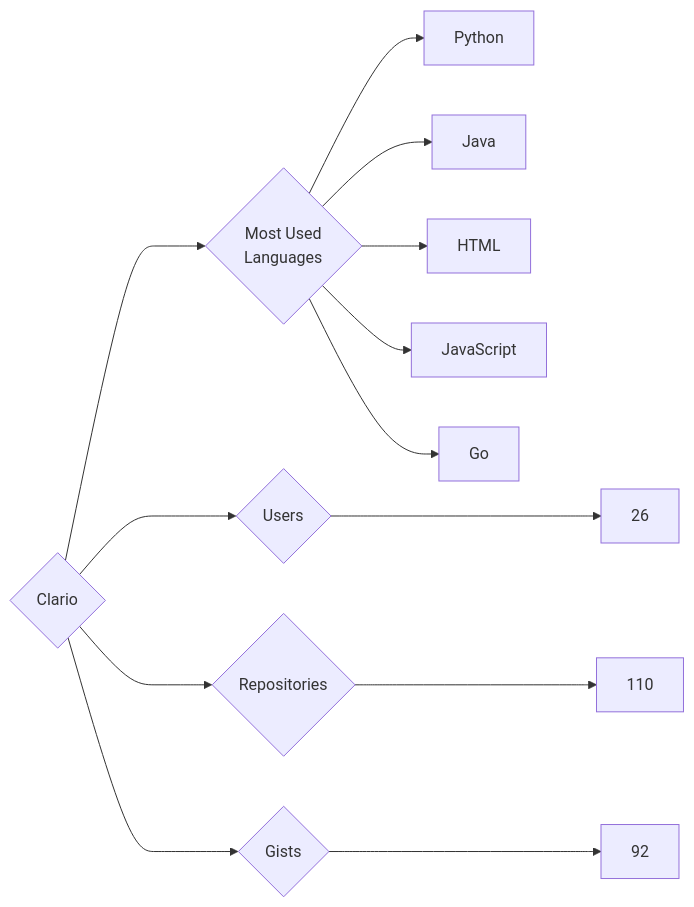
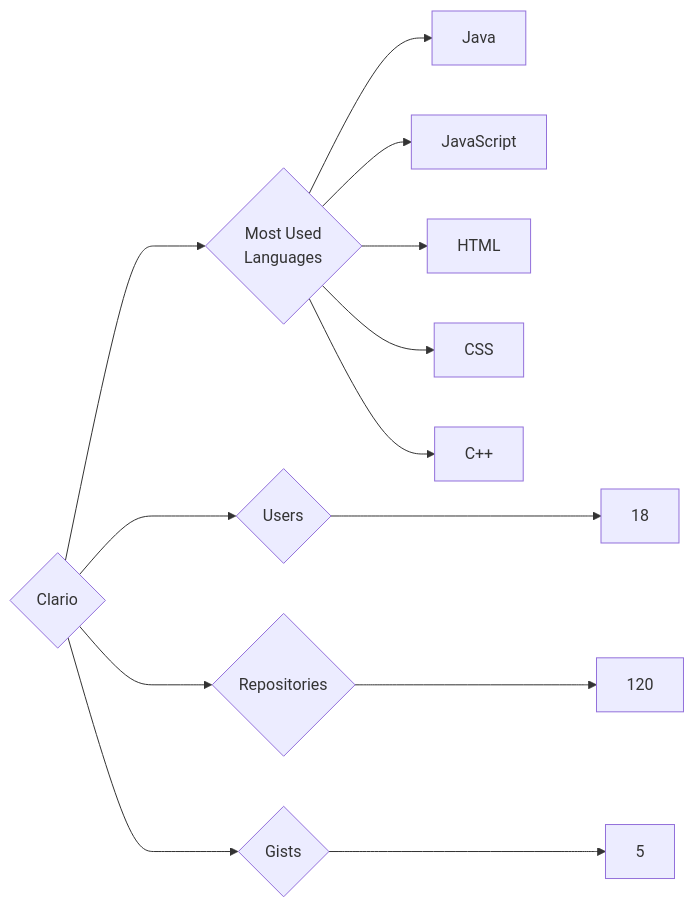
One commit to trickest/insiders changed the diagram in targets/Clario/README.md. Above: the diagram before and after it, drawn with Mermaid. The commit also changed 773 other files, not shown here.

````diff
--- a/targets/Clario/README.md
+++ b/targets/Clario/README.md
@@ -3,13 +3,13 @@
 ```mermaid
 graph LR
 COMPANY_NAME{Clario}
-COMPANY_NAME ---> U{Users} ---> UN[26]
-COMPANY_NAME ---> R{Repositories} ---> RN[110]
-COMPANY_NAME ---> G{Gists} ---> GN[92]
+COMPANY_NAME ---> U{Users} ---> UN[18]
+COMPANY_NAME ---> R{Repositories} ---> RN[120]
+COMPANY_NAME ---> G{Gists} ---> GN[5]
 COMPANY_NAME ---> ML{Most Used<br>Languages}
-ML --> Python[Python]
 ML --> Java[Java]
+ML --> JavaScript[JavaScript]
 ML --> HTML[HTML]
-ML --> JavaScript[JavaScript]
-ML --> Go[Go]
+ML --> CSS[CSS]
+ML --> C++[C++]
 ```
````
